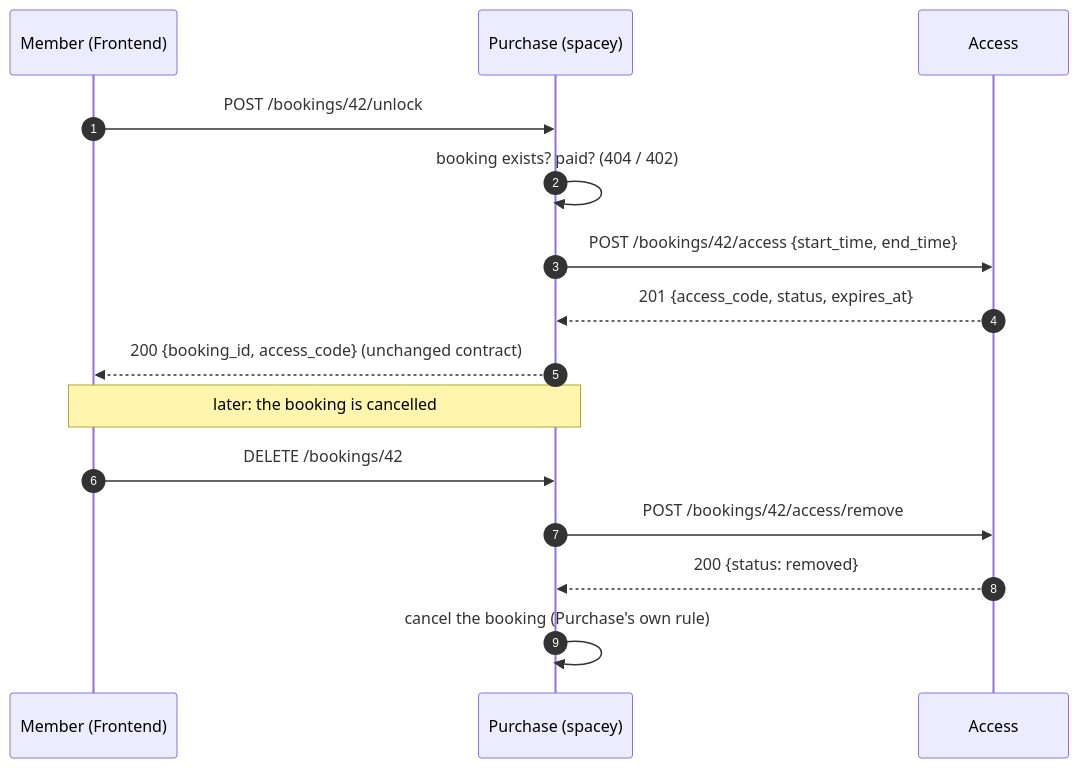
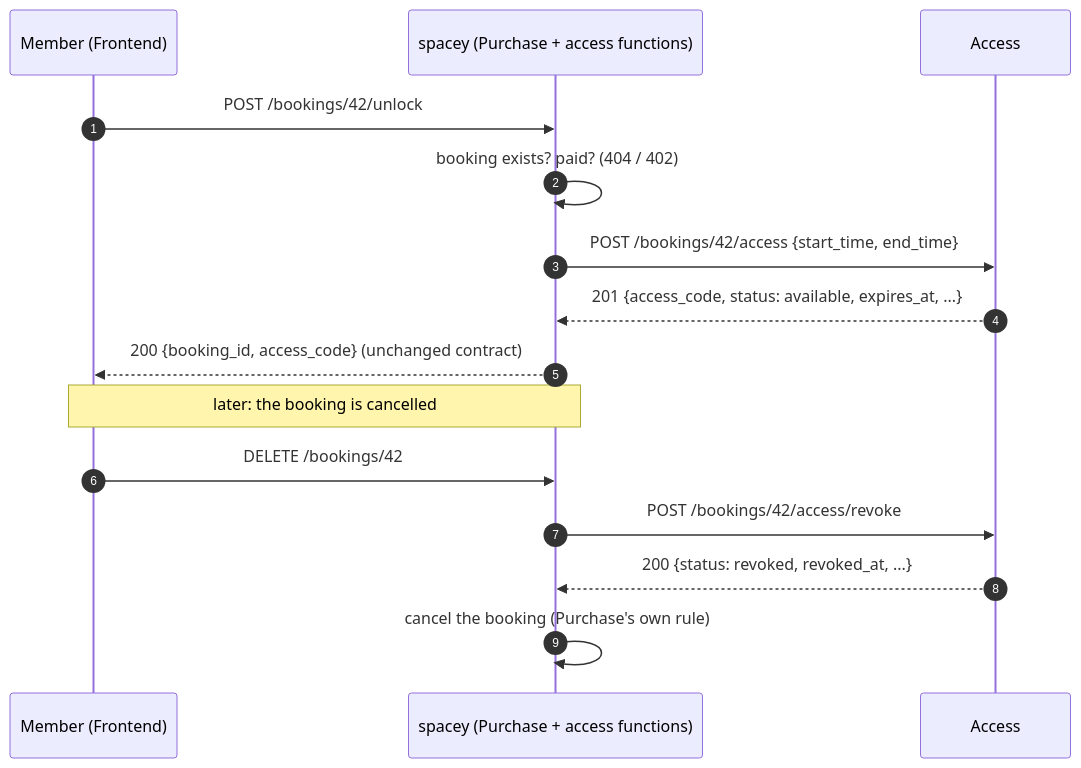
The diagram in docs/for-other-teams.md (cs403bkk-2026/spacey-access), drawn with Mermaid before and after one commit. The commit also changed other lines of this file and 24 other files, not shown here.

````diff
--- a/docs/for-other-teams.md
+++ b/docs/for-other-teams.md
@@ -9,17 +11,17 @@
 ```mermaid
 sequenceDiagram
     autonumber
     participant M as Member (Frontend)
-    participant P as Purchase (spacey)
+    participant P as spacey (Purchase + access functions)
     participant A as Access
     M->>P: POST /bookings/42/unlock
     P->>P: booking exists? paid? (404 / 402)
     P->>A: POST /bookings/42/access {start_time, end_time}
-    A-->>P: 201 {access_code, status, expires_at}
+    A-->>P: 201 {access_code, status: available, expires_at, ...}
     P-->>M: 200 {booking_id, access_code}  (unchanged contract)
     Note over M,P: later: the booking is cancelled
     M->>P: DELETE /bookings/42
-    P->>A: POST /bookings/42/access/remove
-    A-->>P: 200 {status: removed}
+    P->>A: POST /bookings/42/access/revoke
+    A-->>P: 200 {status: revoked, revoked_at, ...}
     P->>P: cancel the booking (Purchase's own rule)
 ```
````
